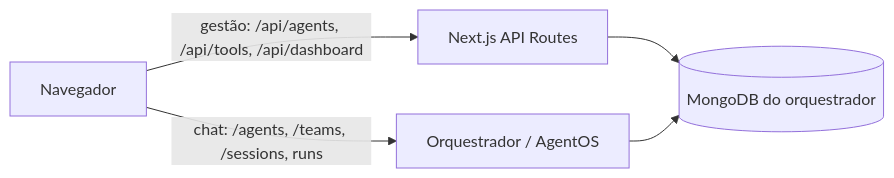
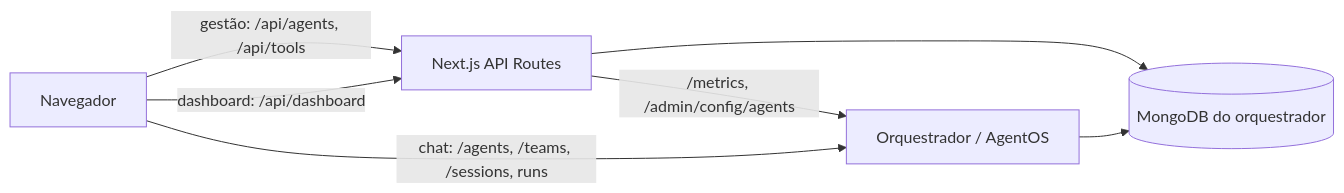
Before and after one commit to Mosfet04/playgroundOrquestrador: the diagram in README.md, drawn with Mermaid. The commit also changed other lines of this file and 32 other files, not shown here.

````diff
--- a/README.md
+++ b/README.md
@@ -24,7 +24,9 @@
 ```mermaid
 graph LR
-    B[Navegador] -->|gestão: /api/agents, /api/tools, /api/dashboard| N[Next.js API Routes]
+    B[Navegador] -->|gestão: /api/agents, /api/tools| N[Next.js API Routes]
     N --> M[(MongoDB do orquestrador)]
+    B -->|dashboard: /api/dashboard| N
+    N -->|/metrics, /admin/config/agents| O
     B -->|chat: /agents, /teams, /sessions, runs| O[Orquestrador / AgentOS]
     O --> M
 ```
````
